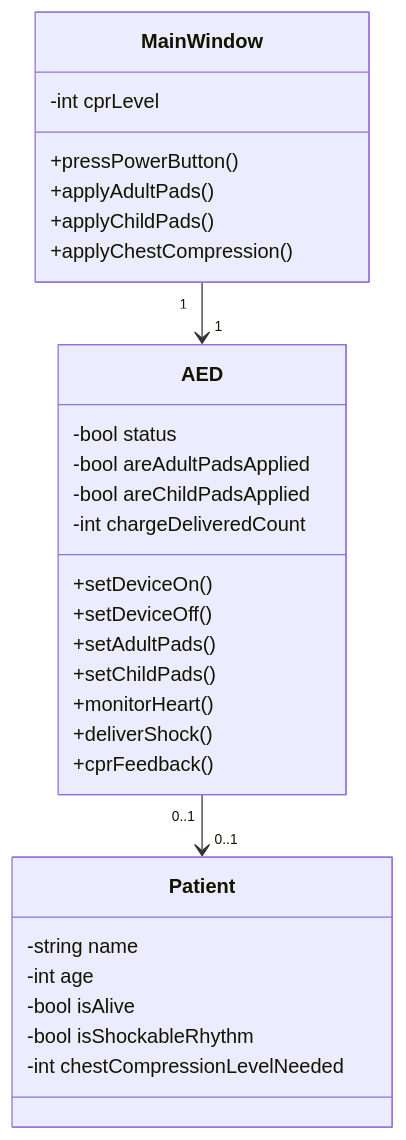
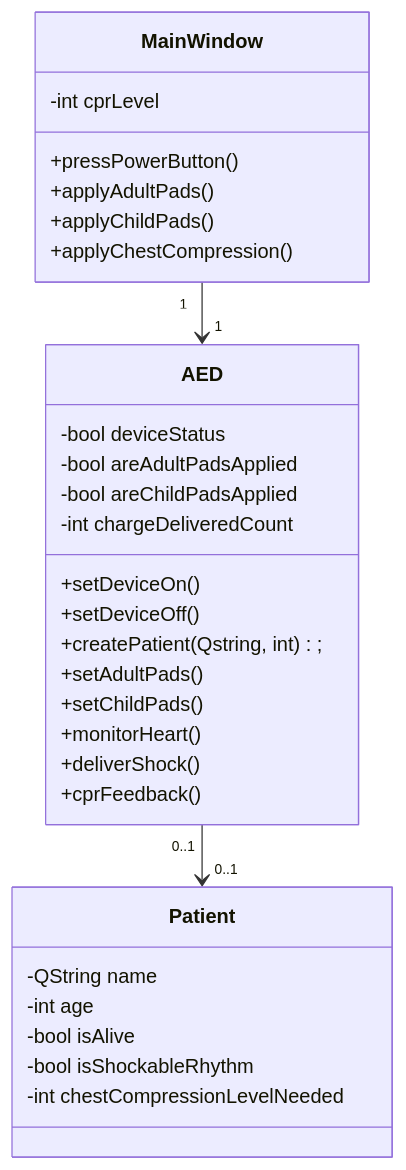
Before and after one commit to Kailinho/3004_Final_Project: the diagram in README.md, drawn with Mermaid.

Commit message:
Updated Class Diagram

````diff
--- a/README.md
+++ b/README.md
@@ -5,35 +5,36 @@
 ```mermaid
 classDiagram
 class MainWindow {
     -int cprLevel
     +pressPowerButton()
     +applyAdultPads()
     +applyChildPads()
     +applyChestCompression()
 }
 
 class AED {
-    -bool status
+    -bool deviceStatus
     -bool areAdultPadsApplied
     -bool areChildPadsApplied
     -int chargeDeliveredCount
     +setDeviceOn()
     +setDeviceOff()
+    +createPatient(Qstring, int);
     +setAdultPads()
     +setChildPads()
     +monitorHeart()
     +deliverShock()
     +cprFeedback()
 }
 
 class Patient {
-    -string name
+    -QString name
     -int age
     -bool isAlive
     -bool isShockableRhythm
     -int chestCompressionLevelNeeded
 }
 
 MainWindow "1" --> "1" AED
 AED "0..1" --> "0..1" Patient
 ```
````
